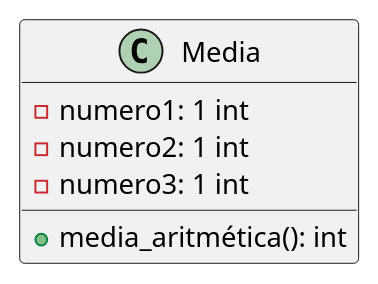
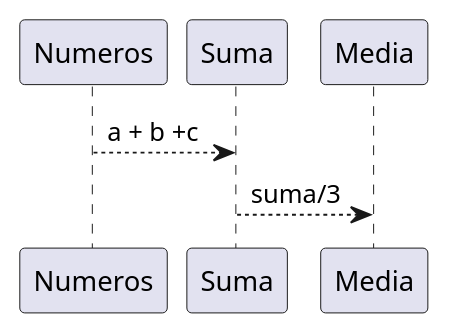
The diagram in ejercicio 09/ejercicio09_1.puml (mgonzalz/introduccion_algoritmia), drawn with PlantUML before and after one commit. The commit also changed 7 other files, not shown here.

```diff
--- a/ejercicio 09/ejercicio09_1.puml
+++ b/ejercicio 09/ejercicio09_1.puml
@@ -1,8 +1,4 @@
 @startuml media
-class Media {	
-    - numero1: 1 int
-    - numero2: 1 int
-    - numero3: 1 int
-    + media_aritmética(): int
-}
+Numeros --> Suma: a + b +c
+Suma --> Media: suma/3
 @enduml
```
